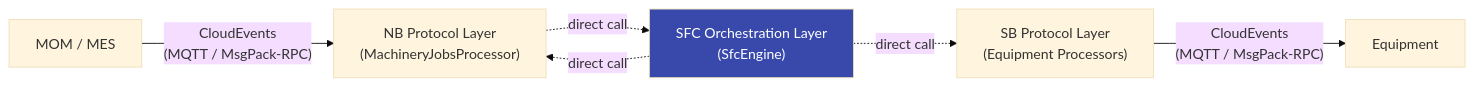
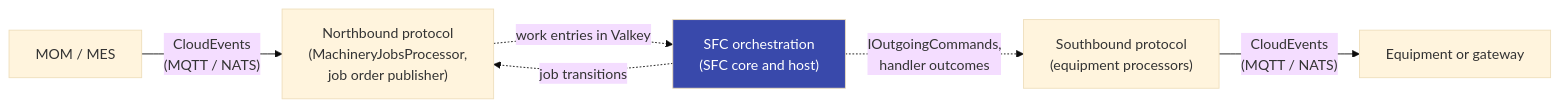
Before and after one commit to aschamberger/microdcs: the diagram in docs/overall-design.md, drawn with Mermaid (base theme). The commit also changed other lines of this file and 42 other files, not shown here.

````diff
--- a/docs/overall-design.md
+++ b/docs/overall-design.md
@@ -41,16 +49,16 @@
 ```mermaid
 flowchart LR
   mom["MOM / MES"]
-  nb["NB Protocol Layer<br/>(MachineryJobsProcessor)"]
-  sfc["SFC Orchestration Layer<br/>(SfcEngine)"]
-  sb["SB Protocol Layer<br/>(Equipment Processors)"]
-  equipment["Equipment"]
+  nb["Northbound protocol<br/>(MachineryJobsProcessor,<br/>job order publisher)"]
+  sfc["SFC orchestration<br/>(SFC core and host)"]
+  sb["Southbound protocol<br/>(equipment processors)"]
+  equipment["Equipment or gateway"]
 
-  mom -- "CloudEvents<br/>(MQTT / MsgPack-RPC)" --> nb
-  nb -. "direct call" .-> sfc
-  sfc -. "direct call" .-> nb
-  sfc -. "direct call" .-> sb
-  sb -- "CloudEvents<br/>(MQTT / MsgPack-RPC)" --> equipment
+  mom -- "CloudEvents<br/>(MQTT / NATS)" --> nb
+  nb -. "work entries in Valkey" .-> sfc
+  sfc -. "job transitions" .-> nb
+  sfc -. "IOutgoingCommands,<br/>handler outcomes" .-> sb
+  sb -- "CloudEvents<br/>(MQTT / NATS)" --> equipment
 
   style sfc fill:#3949ab,color:#fff
 ```
````
